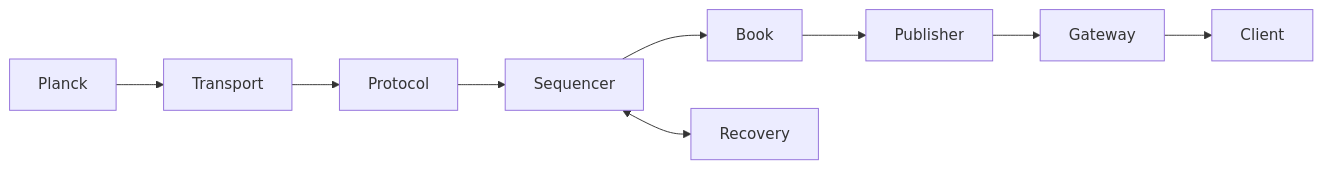
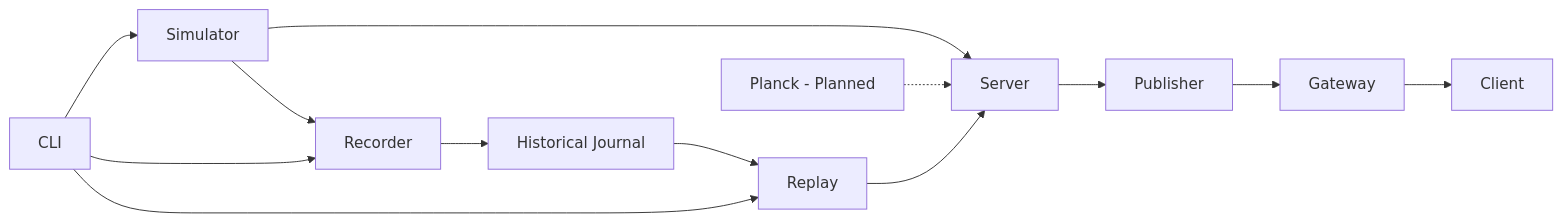
One commit to tembolo1284/maxwell changed the diagram in README.md. Above: the diagram before and after it, drawn with Mermaid. The commit also changed other lines of this file and 10 other files, not shown here.

````diff
--- a/README.md
+++ b/README.md
@@ -13,11 +14,17 @@
 ```mermaid
 flowchart LR
-    A["Planck"] --> B["Transport"]
-    B --> C["Protocol"]
-    C --> D["Sequencer"]
-    D --> E["Book"]
-    D <--> F["Recovery"]
-    E --> G["Publisher"]
-    G --> H["Gateway"]
-    H --> I["Client"]
+    SIM["Simulator"] --> SERVER["Server"]
+    PLANCK["Planck - Planned"] -.-> SERVER
+    SERVER --> PUB["Publisher"]
+    PUB --> GW["Gateway"]
+    GW --> CLIENT["Client"]
+
+    SIM --> REC["Recorder"]
+    REC --> JOURNAL["Historical Journal"]
+    JOURNAL --> REPLAY["Replay"]
+    REPLAY --> SERVER
+
+    CLI["CLI"] --> SIM
+    CLI --> REC
+    CLI --> REPLAY
 ```
````
